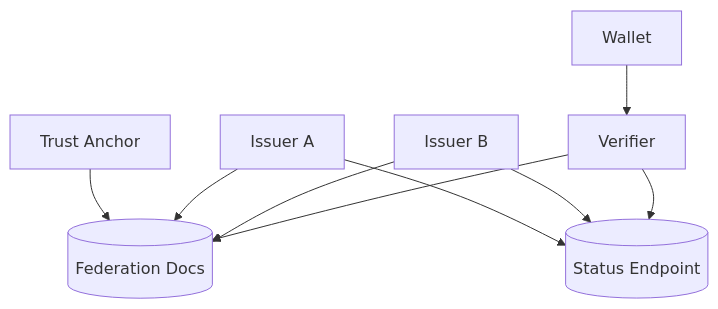
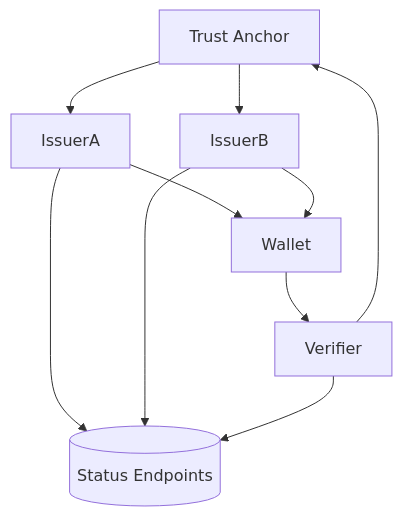
The fourth of 5 diagrams in docs/concepts/architecture.md (openwallet-foundation-labs/sd-jwt-dotnet), drawn with Mermaid before and after one commit. The commit also changed other lines of this file and 163 other files, not shown here.

````diff
--- a/docs/concepts/architecture.md
+++ b/docs/concepts/architecture.md
@@ -507,11 +265,10 @@
 ```mermaid
 flowchart TB
-  TA[Trust Anchor] --> FedDocs[(Federation Docs)]
-  IssA[Issuer A] --> FedDocs
-  IssB[Issuer B] --> FedDocs
-  IssA --> Status[(Status Endpoint)]
-  IssB --> Status
-  Wallet --> Verifier
-  Verifier --> FedDocs
-  Verifier --> Status
+    TA[Trust Anchor] --> IssuerA & IssuerB
+    IssuerA --> Wallet
+    IssuerB --> Wallet
+    Wallet --> Verifier
+    Verifier --> TA
+    IssuerA & IssuerB --> Status[(Status Endpoints)]
+    Verifier --> Status
 ```
````
